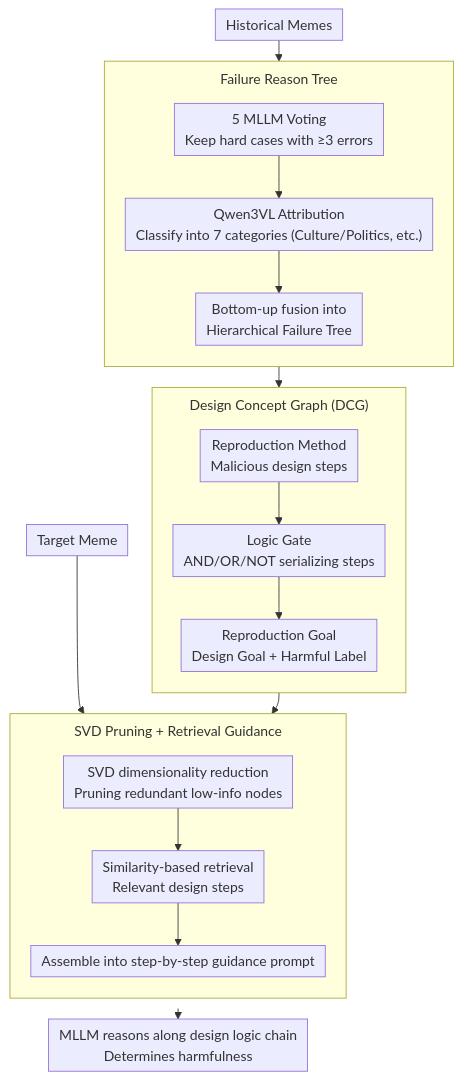
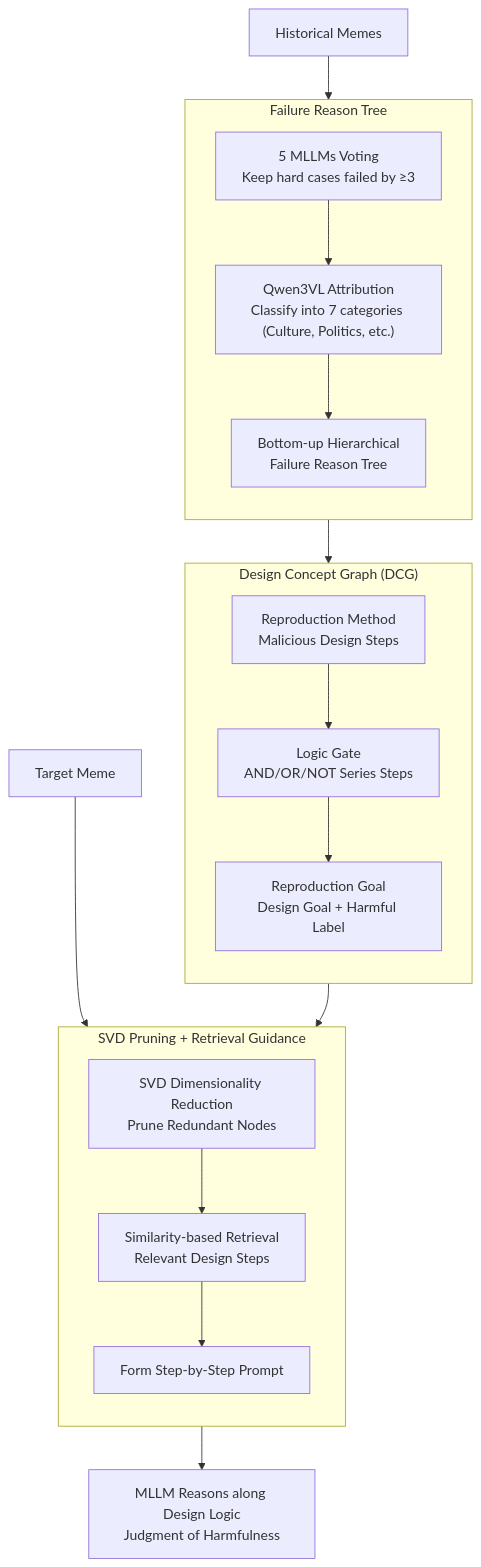
Before and after one commit to zhaoyang97/Paper-Notes-en: the diagram in docs/ACL2026/multimodal_vlm/all_changes_may_have_invariant_principles_improving_ever-shifting_harmful_meme_d.md, drawn with Mermaid. The commit also changed other lines of this file and 5084 other files, not shown here.

````diff
--- a/docs/ACL2026/multimodal_vlm/all_changes_may_have_invariant_principles_improving_ever-shifting_harmful_meme_d.md
+++ b/docs/ACL2026/multimodal_vlm/all_changes_may_have_invariant_principles_improving_ever-shifting_harmful_meme_d.md
@@ -44,24 +44,23 @@
 ```mermaid
-%%{init: {'flowchart': {'rankSpacing': 24, 'nodeSpacing': 28, 'padding': 6, 'wrappingWidth': 400, 'subGraphTitleMargin': {'top': 8, 'bottom': 16}}}}%%
-flowchart TD
+graph TD
     IN["Historical Memes"] --> S1
     subgraph S1["Failure Reason Tree"]
         direction TB
-        A["5 MLLM Voting<br/>Keep hard cases with ≥3 errors"] --> B["Qwen3VL Attribution<br/>Classify into 7 categories (Culture/Politics, etc.)"]
-        B --> C["Bottom-up fusion into<br/>Hierarchical Failure Tree"]
+        A["5 MLLMs Voting<br/>Keep hard cases failed by ≥3"] --> B["Qwen3VL Attribution<br/>Classify into 7 categories (Culture, Politics, etc.)"]
+        B --> C["Bottom-up Hierarchical<br/>Failure Reason Tree"]
     end
     S1 --> S2
     subgraph S2["Design Concept Graph (DCG)"]
         direction TB
-        D["Reproduction Method<br/>Malicious design steps"] --> E["Logic Gate<br/>AND/OR/NOT serializing steps"]
+        D["Reproduction Method<br/>Malicious Design Steps"] --> E["Logic Gate<br/>AND/OR/NOT Series Steps"]
         E --> F["Reproduction Goal<br/>Design Goal + Harmful Label"]
     end
     S2 --> S3
     subgraph S3["SVD Pruning + Retrieval Guidance"]
         direction TB
-        G["SVD dimensionality reduction<br/>Pruning redundant low-info nodes"] --> H["Similarity-based retrieval<br/>Relevant design steps"]
-        H --> I["Assemble into step-by-step guidance prompt"]
+        G["SVD Dimensionality Reduction<br/>Prune Redundant Nodes"] --> H["Similarity-based Retrieval<br/>Relevant Design Steps"]
+        H --> I["Form Step-by-Step Prompt"]
     end
     TGT["Target Meme"] --> H
-    S3 --> OUT["MLLM reasons along design logic chain<br/>Determines harmfulness"]
+    S3 --> OUT["MLLM Reasons along Design Logic<br/>Judgment of Harmfulness"]
 ```
````
